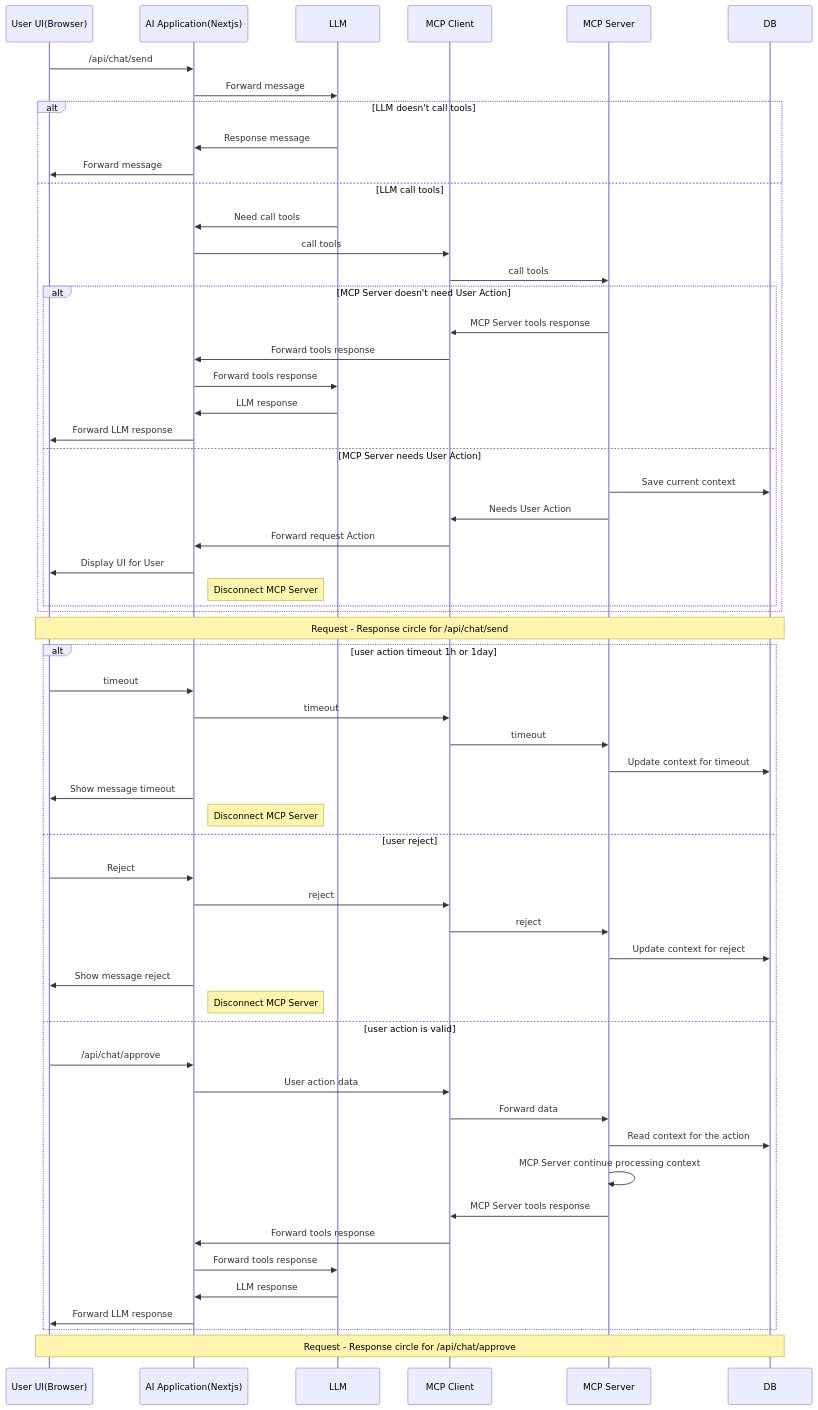
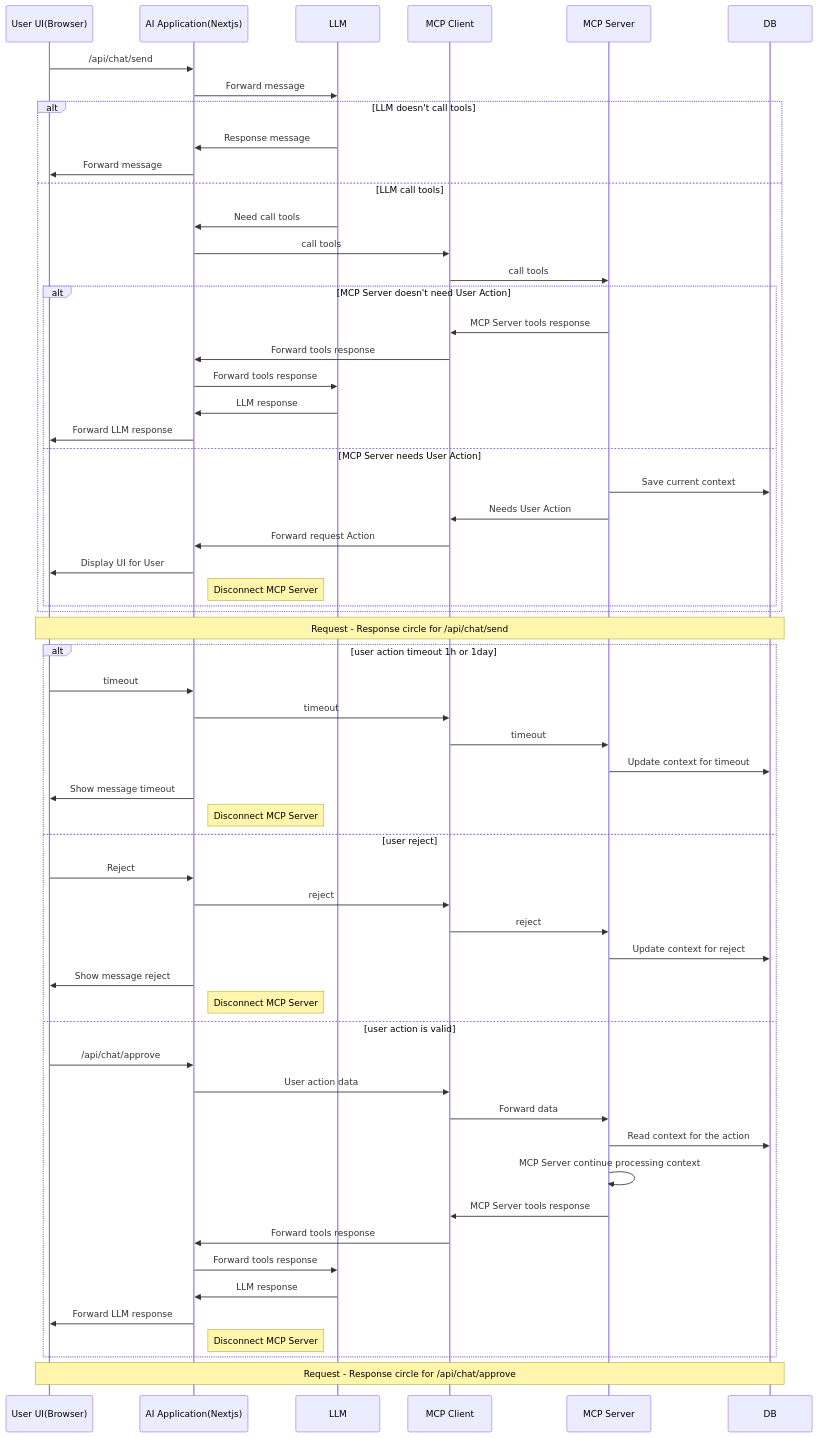
Before and after one commit to lehung1109/chatbot-groq: the diagram in README.md, drawn with Mermaid.

Commit message:
Add note to README.md sequence diagram indicating disconnection of MCP Server from Application, improving clarity of the interaction flow.

````diff
--- a/README.md
+++ b/README.md
@@ -57,57 +57,58 @@
 ```mermaid
 sequenceDiagram
     participant User as User UI(Browser)
     participant Application as AI Application(Nextjs)
 
     User->>Application:/api/chat/send
     Application->>LLM:Forward message
     alt LLM doesn't call tools
         LLM->>Application:Response message
         Application->>User:Forward message
     else LLM call tools
         LLM->>Application:Need call tools
         Application->>MCP Client:call tools
         MCP Client->>MCP Server: call tools
         alt MCP Server doesn't need User Action
             MCP Server->>MCP Client:MCP Server tools response
             MCP Client->>Application:Forward tools response
             Application->>LLM:Forward tools response
             LLM->>Application:LLM response
             Application->>User:Forward LLM response
         else MCP Server needs User Action
             MCP Server->>DB:Save current context
             MCP Server->>MCP Client:Needs User Action
             MCP Client->>Application:Forward request Action
             Application->>User:Display UI for User
             Note right of Application:Disconnect MCP Server
         end
     end
     Note over User,DB: Request - Response circle for /api/chat/send
     alt user action timeout 1h or 1day
         User->>Application:timeout
         Application->>MCP Client:timeout
         MCP Client->>MCP Server:timeout
         MCP Server->>DB:Update context for timeout
         Application->>User:Show message timeout
         Note right of Application:Disconnect MCP Server
     else user reject
         User->>Application:Reject
         Application->>MCP Client:reject
         MCP Client->>MCP Server:reject
         MCP Server->>DB:Update context for reject
         Application->>User:Show message reject
         Note right of Application:Disconnect MCP Server
     else user action is valid
         User->>Application:/api/chat/approve
         Application->>MCP Client:User action data
         MCP Client->>MCP Server:Forward data
         MCP Server->>DB:Read context for the action
         MCP Server->>MCP Server:MCP Server continue processing context
         MCP Server->>MCP Client:MCP Server tools response
         MCP Client->>Application:Forward tools response
         Application->>LLM:Forward tools response
         LLM->>Application:LLM response
         Application->>User:Forward LLM response
+        Note right of Application:Disconnect MCP Server
     end
     Note over User,DB: Request - Response circle for /api/chat/approve
 ```
````
